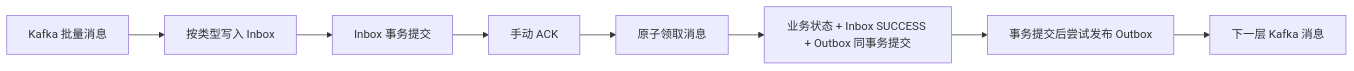
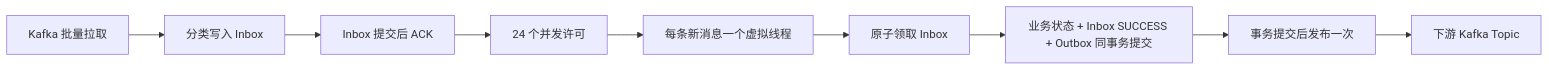
The first of 2 diagrams in README.md (Zoujay/firefly), drawn with Mermaid before and after one commit. The commit also changed other lines of this file, not shown here.

````diff
--- a/README.md
+++ b/README.md
@@ -45,10 +69,11 @@
 ```mermaid
 flowchart LR
-    K1["Kafka 批量消息"] --> I1["按类型写入 Inbox"]
-    I1 --> I2["Inbox 事务提交"]
-    I2 --> A["手动 ACK"]
-    A --> C["原子领取消息"]
+    K1["Kafka 批量拉取"] --> I1["分类写入 Inbox"]
+    I1 --> A["Inbox 提交后 ACK"]
+    A --> S["24 个并发许可"]
+    S --> V["每条新消息一个虚拟线程"]
+    V --> C["原子领取 Inbox"]
     C --> T["业务状态 + Inbox SUCCESS + Outbox 同事务提交"]
-    T --> P["事务提交后尝试发布 Outbox"]
-    P --> K2["下一层 Kafka 消息"]
+    T --> P["事务提交后发布一次"]
+    P --> K2["下游 Kafka Topic"]
 ```
````
